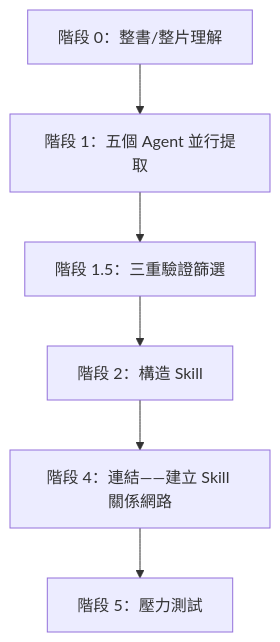
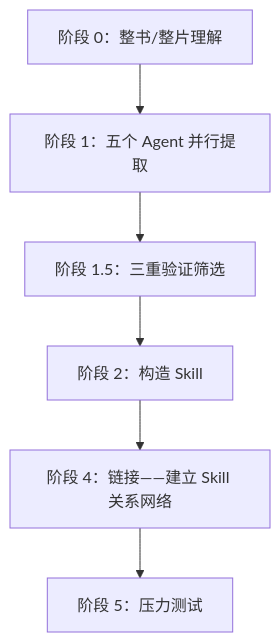
Before and after one commit to the-beating-light-of-the-nail/ai-tools-guide-site: the first of 2 diagrams in docs/zh-tw/workbuddy/adv-build-skill/index.md, drawn with Mermaid. The commit also changed other lines of this file and 136 other files, not shown here.

````diff
--- a/docs/zh-tw/workbuddy/adv-build-skill/index.md
+++ b/docs/zh-tw/workbuddy/adv-build-skill/index.md
@@ -25,8 +31,8 @@
 ```mermaid
 flowchart TD
-    A[階段 0：整書/整片理解] --> B[階段 1：五個 Agent 並行提取]
-    B --> C[階段 1.5：三重驗證篩選]
-    C --> D[階段 2：構造 Skill]
-    D --> E[階段 4：連結——建立 Skill 關係網路]
-    E --> F[階段 5：壓力測試]
+    A[阶段 0：整书/整片理解] --> B[阶段 1：五个 Agent 并行提取]
+    B --> C[阶段 1.5：三重验证筛选]
+    C --> D[阶段 2：构造 Skill]
+    D --> E[阶段 4：链接——建立 Skill 关系网络]
+    E --> F[阶段 5：压力测试]
 ```
````
